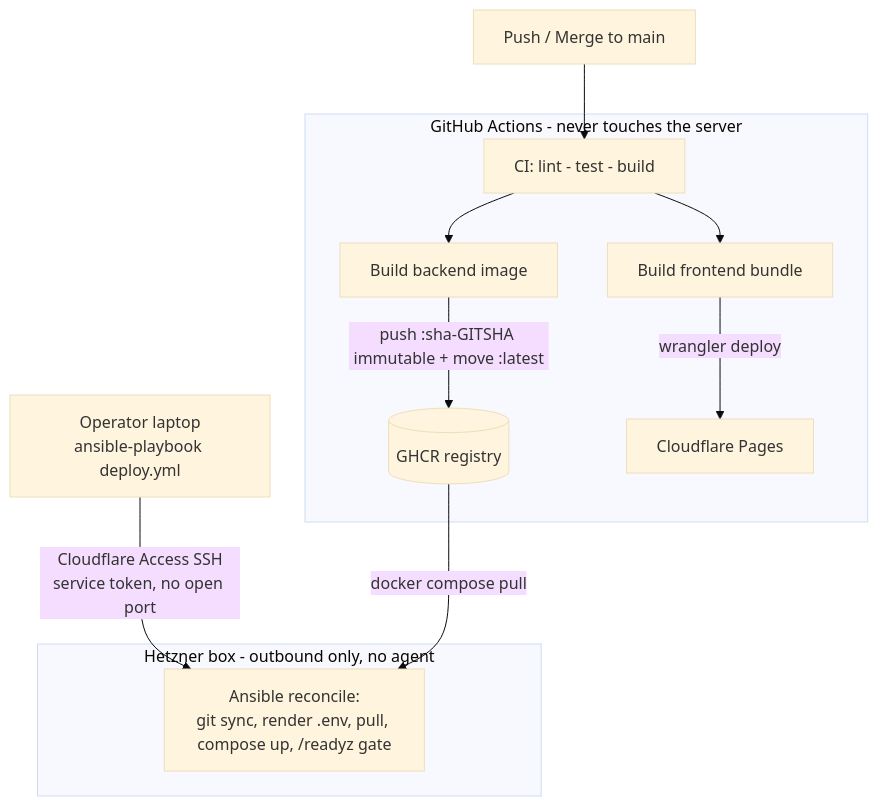
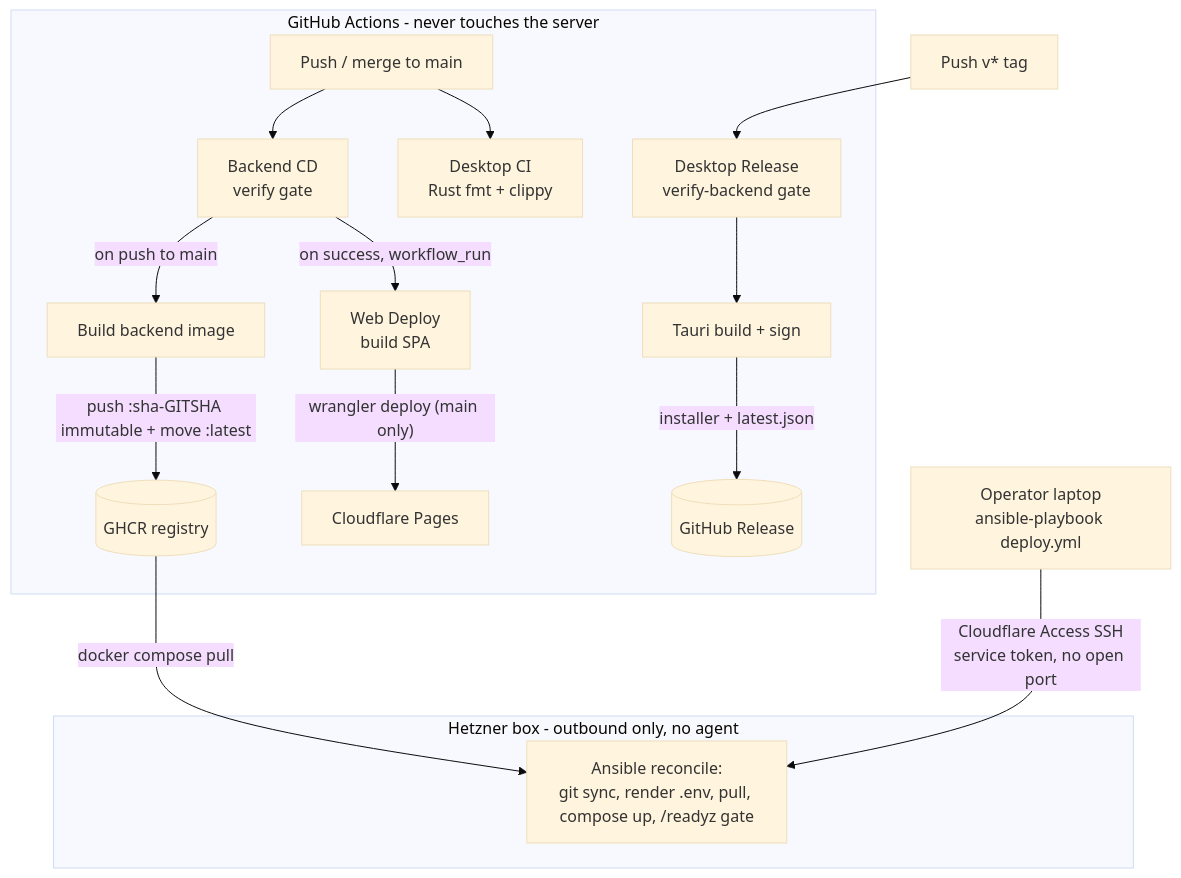
One commit to ducktivity/drinkwater changed the seventh of 10 diagrams in docs/architecture.md. Above: the diagram before and after it, drawn with Mermaid (base theme). The commit also changed other lines of this file and 11 other files, not shown here.

````diff
--- a/docs/architecture.md
+++ b/docs/architecture.md
@@ -200,18 +202,23 @@
 ```mermaid
 graph TD
-    Dev[Push / Merge to main] --> GHA
+    Push[Push / merge to main] --> BCI
+    Tag[Push v* tag] --> DREL
 
     subgraph CI["GitHub Actions - never touches the server"]
-        GHA["CI: lint - test - build"] --> Img[Build backend image]
+        BCI["Backend CD<br/>verify gate"] -->|on push to main| Img[Build backend image]
         Img -->|"push :sha-GITSHA immutable + move :latest"| GHCR[(GHCR registry)]
-        GHA --> FE[Build frontend bundle]
-        FE -->|wrangler deploy| Pages[Cloudflare Pages]
+        BCI -->|"on success, workflow_run"| FE["Web Deploy<br/>build SPA"]
+        FE -->|"wrangler deploy (main only)"| Pages[Cloudflare Pages]
+        Push --> DCI["Desktop CI<br/>Rust fmt + clippy"]
+
+        DREL["Desktop Release<br/>verify-backend gate"] --> DBuild[Tauri build + sign]
+        DBuild -->|"installer + latest.json"| GHREL[(GitHub Release)]
     end
 
     Laptop["Operator laptop<br/>ansible-playbook deploy.yml"] -->|"Cloudflare Access SSH<br/>service token, no open port"| Box
     GHCR -->|docker compose pull| Box
 
     subgraph HZ["Hetzner box - outbound only, no agent"]
         Box["Ansible reconcile:<br/>git sync, render .env, pull, compose up, /readyz gate"]
     end
 ```
````
